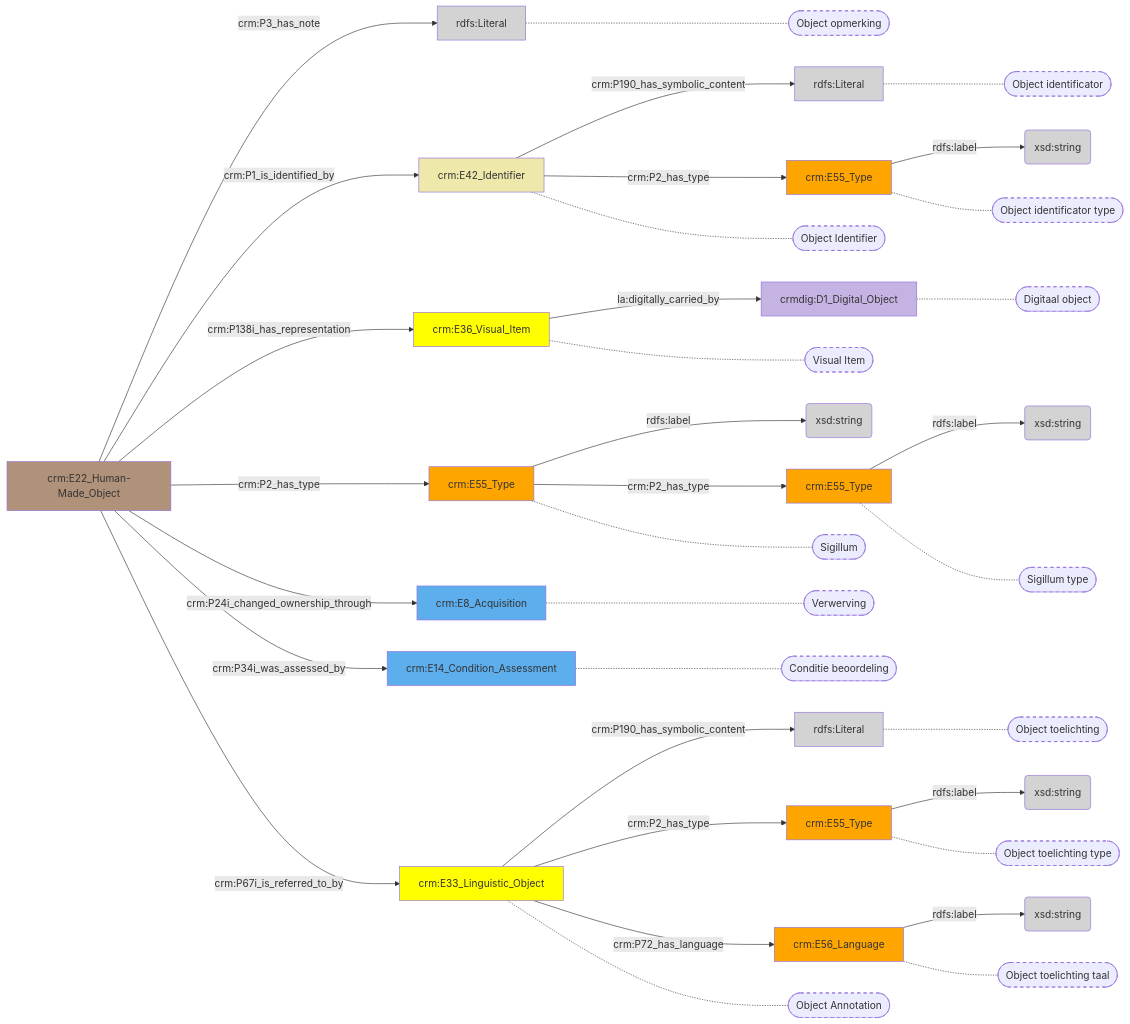
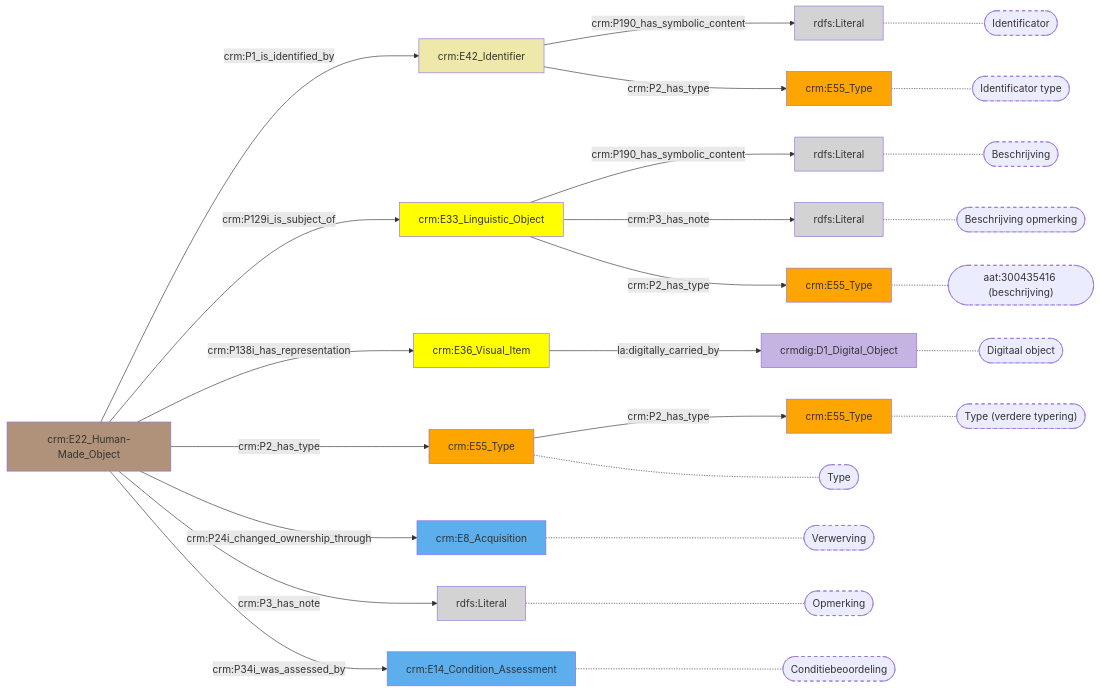
Before and after one commit to digipolisantwerpdocumentation/antwerp-cultureel-erfgoed: the diagram in docs/content/modellen/BibliographicalObject.md, drawn with Mermaid. The commit also changed 170 other files, not shown here.

````diff
--- a/docs/content/modellen/BibliographicalObject.md
+++ b/docs/content/modellen/BibliographicalObject.md
@@ -1,70 +1,54 @@
 ```mermaid
 graph LR
+style 099f196c-df80-11ed-9232-00163e71351b fill:#B0927A
+style 31fafa48-df80-11ed-9064-00163e71351b fill:#EEE8AA
+style 31faff2a-df80-11ed-9064-00163e71351b fill:#D3D3D3
+style 31fb00ec-df80-11ed-9064-00163e71351b fill:#ffa500
+style 35eb661e-ee5e-11ed-a1e6-00163e71351b fill:#ffff00
+style 35eb6d76-ee5e-11ed-a1e6-00163e71351b fill:#ffa500
+style 35eb71cc-ee5e-11ed-a1e6-00163e71351b fill:#D3D3D3
+style 4a65efec-cb0c-11ee-accf-960002548b4f fill:#D3D3D3
+style 5f7d3f52-62b7-11ee-bc5c-00163e71351b fill:#ffa500
+style 5f7d44a2-62b7-11ee-bc5c-00163e71351b fill:#ffa500
+style 643c66b8-df80-11ed-9655-00163e71351b fill:#ffff00
+style 643c6a00-df80-11ed-9655-00163e71351b fill:#C5B4E3
+style 9a15d478-233f-11ef-aa25-960002548b4f fill:#D3D3D3
+style afd18e06-62c4-11ee-a9ac-00163e71351b fill:#5DAEEC
+style d0818f0c-62c4-11ee-b0c4-00163e71351b fill:#5DAEEC
 099f196c-df80-11ed-9232-00163e71351b["crm:E22_Human-Made_Object"]-->|"crm:P3_has_note"|4a65efec-cb0c-11ee-accf-960002548b4f(rdfs:Literal)
 31fafa48-df80-11ed-9064-00163e71351b["crm:E42_Identifier"]-->|"crm:P190_has_symbolic_content"|31faff2a-df80-11ed-9064-00163e71351b(rdfs:Literal)
-31fb00ec-df80-11ed-9064-00163e71351b["crm:E55_Type"]-->|"rdfs:label"|31fb051a-df80-11ed-9064-00163e71351b(xsd:string)
 35eb661e-ee5e-11ed-a1e6-00163e71351b["crm:E33_Linguistic_Object"]-->|"crm:P190_has_symbolic_content"|35eb71cc-ee5e-11ed-a1e6-00163e71351b(rdfs:Literal)
-35eb6d76-ee5e-11ed-a1e6-00163e71351b["crm:E55_Type"]-->|"rdfs:label"|35eb7578-ee5e-11ed-a1e6-00163e71351b(xsd:string)
-35eb6fce-ee5e-11ed-a1e6-00163e71351b["crm:E56_Language"]-->|"rdfs:label"|35eb73ac-ee5e-11ed-a1e6-00163e71351b(xsd:string)
-5f7d3f52-62b7-11ee-bc5c-00163e71351b["crm:E55_Type"]-->|"rdfs:label"|5f7d466e-62b7-11ee-bc5c-00163e71351b(xsd:string)
-5f7d44a2-62b7-11ee-bc5c-00163e71351b["crm:E55_Type"]-->|"rdfs:label"|5f7d47e0-62b7-11ee-bc5c-00163e71351b(xsd:string)
+35eb661e-ee5e-11ed-a1e6-00163e71351b["crm:E33_Linguistic_Object"]-->|"crm:P3_has_note"|9a15d478-233f-11ef-aa25-960002548b4f(rdfs:Literal)
+5f7d3f52-62b7-11ee-bc5c-00163e71351b["crm:E55_Type"]-.-5f7d3f52-62b7-11ee-bc5c-00163e71351b_s(["Type"])
+afd18e06-62c4-11ee-a9ac-00163e71351b["crm:E8_Acquisition"]-.-afd18e06-62c4-11ee-a9ac-00163e71351b_s(["Verwerving"])
+4a65efec-cb0c-11ee-accf-960002548b4f["rdfs:Literal"]-.-4a65efec-cb0c-11ee-accf-960002548b4f_s(["Opmerking"])
+d0818f0c-62c4-11ee-b0c4-00163e71351b["crm:E14_Condition_Assessment"]-.-d0818f0c-62c4-11ee-b0c4-00163e71351b_s(["Conditiebeoordeling"])
+31faff2a-df80-11ed-9064-00163e71351b["rdfs:Literal"]-.-31faff2a-df80-11ed-9064-00163e71351b_s(["Identificator"])
+31fb00ec-df80-11ed-9064-00163e71351b["crm:E55_Type"]-.-31fb00ec-df80-11ed-9064-00163e71351b_s(["Identificator type"])
+35eb71cc-ee5e-11ed-a1e6-00163e71351b["rdfs:Literal"]-.-35eb71cc-ee5e-11ed-a1e6-00163e71351b_s(["Beschrijving"])
+35eb6d76-ee5e-11ed-a1e6-00163e71351b["crm:E55_Type"]-.-35eb6d76-ee5e-11ed-a1e6-00163e71351b_s(["aat:300435416 (beschrijving)"])
+9a15d478-233f-11ef-aa25-960002548b4f["rdfs:Literal"]-.-9a15d478-233f-11ef-aa25-960002548b4f_s(["Beschrijving opmerking"])
+5f7d44a2-62b7-11ee-bc5c-00163e71351b["crm:E55_Type"]-.-5f7d44a2-62b7-11ee-bc5c-00163e71351b_s(["Type (verdere typering)"])
+643c6a00-df80-11ed-9655-00163e71351b["crmdig:D1_Digital_Object"]-.-643c6a00-df80-11ed-9655-00163e71351b_s(["Digitaal object"])
 099f196c-df80-11ed-9232-00163e71351b["crm:E22_Human-Made_Object"]-->|"crm:P1_is_identified_by"|31fafa48-df80-11ed-9064-00163e71351b["crm:E42_Identifier"]
+099f196c-df80-11ed-9232-00163e71351b["crm:E22_Human-Made_Object"]-->|"crm:P129i_is_subject_of"|35eb661e-ee5e-11ed-a1e6-00163e71351b["crm:E33_Linguistic_Object"]
 099f196c-df80-11ed-9232-00163e71351b["crm:E22_Human-Made_Object"]-->|"crm:P138i_has_representation"|643c66b8-df80-11ed-9655-00163e71351b["crm:E36_Visual_Item"]
 099f196c-df80-11ed-9232-00163e71351b["crm:E22_Human-Made_Object"]-->|"crm:P2_has_type"|5f7d3f52-62b7-11ee-bc5c-00163e71351b["crm:E55_Type"]
 099f196c-df80-11ed-9232-00163e71351b["crm:E22_Human-Made_Object"]-->|"crm:P24i_changed_ownership_through"|afd18e06-62c4-11ee-a9ac-00163e71351b["crm:E8_Acquisition"]
 099f196c-df80-11ed-9232-00163e71351b["crm:E22_Human-Made_Object"]-->|"crm:P34i_was_assessed_by"|d0818f0c-62c4-11ee-b0c4-00163e71351b["crm:E14_Condition_Assessment"]
-099f196c-df80-11ed-9232-00163e71351b["crm:E22_Human-Made_Object"]-->|"crm:P67i_is_referred_to_by"|35eb661e-ee5e-11ed-a1e6-00163e71351b["crm:E33_Linguistic_Object"]
 31fafa48-df80-11ed-9064-00163e71351b["crm:E42_Identifier"]-->|"crm:P2_has_type"|31fb00ec-df80-11ed-9064-00163e71351b["crm:E55_Type"]
 35eb661e-ee5e-11ed-a1e6-00163e71351b["crm:E33_Linguistic_Object"]-->|"crm:P2_has_type"|35eb6d76-ee5e-11ed-a1e6-00163e71351b["crm:E55_Type"]
-35eb661e-ee5e-11ed-a1e6-00163e71351b["crm:E33_Linguistic_Object"]-->|"crm:P72_has_language"|35eb6fce-ee5e-11ed-a1e6-00163e71351b["crm:E56_Language"]
 5f7d3f52-62b7-11ee-bc5c-00163e71351b["crm:E55_Type"]-->|"crm:P2_has_type"|5f7d44a2-62b7-11ee-bc5c-00163e71351b["crm:E55_Type"]
 643c66b8-df80-11ed-9655-00163e71351b["crm:E36_Visual_Item"]-->|"la:digitally_carried_by"|643c6a00-df80-11ed-9655-00163e71351b["crmdig:D1_Digital_Object"]
-style 31fafa48-df80-11ed-9064-00163e71351b_s stroke-dasharray: 5
-style 643c66b8-df80-11ed-9655-00163e71351b_s stroke-dasharray: 5
 style 5f7d3f52-62b7-11ee-bc5c-00163e71351b_s stroke-dasharray: 5
 style afd18e06-62c4-11ee-a9ac-00163e71351b_s stroke-dasharray: 5
 style 4a65efec-cb0c-11ee-accf-960002548b4f_s stroke-dasharray: 5
 style d0818f0c-62c4-11ee-b0c4-00163e71351b_s stroke-dasharray: 5
-style 35eb661e-ee5e-11ed-a1e6-00163e71351b_s stroke-dasharray: 5
 style 31faff2a-df80-11ed-9064-00163e71351b_s stroke-dasharray: 5
 style 31fb00ec-df80-11ed-9064-00163e71351b_s stroke-dasharray: 5
 style 35eb71cc-ee5e-11ed-a1e6-00163e71351b_s stroke-dasharray: 5
 style 35eb6d76-ee5e-11ed-a1e6-00163e71351b_s stroke-dasharray: 5
-style 35eb6fce-ee5e-11ed-a1e6-00163e71351b_s stroke-dasharray: 5
+style 9a15d478-233f-11ef-aa25-960002548b4f_s stroke-dasharray: 5
 style 5f7d44a2-62b7-11ee-bc5c-00163e71351b_s stroke-dasharray: 5
 style 643c6a00-df80-11ed-9655-00163e71351b_s stroke-dasharray: 5
-31fafa48-df80-11ed-9064-00163e71351b["crm:E42_Identifier"]-.-31fafa48-df80-11ed-9064-00163e71351b_s(["Object Identifier"])
-643c66b8-df80-11ed-9655-00163e71351b["crm:E36_Visual_Item"]-.-643c66b8-df80-11ed-9655-00163e71351b_s(["Visual Item"])
-5f7d3f52-62b7-11ee-bc5c-00163e71351b["crm:E55_Type"]-.-5f7d3f52-62b7-11ee-bc5c-00163e71351b_s(["Sigillum"])
-afd18e06-62c4-11ee-a9ac-00163e71351b["crm:E8_Acquisition"]-.-afd18e06-62c4-11ee-a9ac-00163e71351b_s(["Verwerving"])
-4a65efec-cb0c-11ee-accf-960002548b4f["rdfs:Literal"]-.-4a65efec-cb0c-11ee-accf-960002548b4f_s(["Object opmerking"])
-d0818f0c-62c4-11ee-b0c4-00163e71351b["crm:E14_Condition_Assessment"]-.-d0818f0c-62c4-11ee-b0c4-00163e71351b_s(["Conditie beoordeling"])
-35eb661e-ee5e-11ed-a1e6-00163e71351b["crm:E33_Linguistic_Object"]-.-35eb661e-ee5e-11ed-a1e6-00163e71351b_s(["Object Annotation"])
-31faff2a-df80-11ed-9064-00163e71351b["rdfs:Literal"]-.-31faff2a-df80-11ed-9064-00163e71351b_s(["Object identificator"])
-31fb00ec-df80-11ed-9064-00163e71351b["crm:E55_Type"]-.-31fb00ec-df80-11ed-9064-00163e71351b_s(["Object identificator type"])
-35eb71cc-ee5e-11ed-a1e6-00163e71351b["rdfs:Literal"]-.-35eb71cc-ee5e-11ed-a1e6-00163e71351b_s(["Object toelichting"])
-35eb6d76-ee5e-11ed-a1e6-00163e71351b["crm:E55_Type"]-.-35eb6d76-ee5e-11ed-a1e6-00163e71351b_s(["Object toelichting type"])
-35eb6fce-ee5e-11ed-a1e6-00163e71351b["crm:E56_Language"]-.-35eb6fce-ee5e-11ed-a1e6-00163e71351b_s(["Object toelichting taal"])
-5f7d44a2-62b7-11ee-bc5c-00163e71351b["crm:E55_Type"]-.-5f7d44a2-62b7-11ee-bc5c-00163e71351b_s(["Sigillum type"])
-643c6a00-df80-11ed-9655-00163e71351b["crmdig:D1_Digital_Object"]-.-643c6a00-df80-11ed-9655-00163e71351b_s(["Digitaal object"])
-style 099f196c-df80-11ed-9232-00163e71351b fill:#B0927A
-style 31fafa48-df80-11ed-9064-00163e71351b fill:#EEE8AA
-style 31faff2a-df80-11ed-9064-00163e71351b fill:#D3D3D3
-style 31fb00ec-df80-11ed-9064-00163e71351b fill:#ffa500
-style 31fb051a-df80-11ed-9064-00163e71351b fill:#D3D3D3
-style 35eb661e-ee5e-11ed-a1e6-00163e71351b fill:#ffff00
-style 35eb6d76-ee5e-11ed-a1e6-00163e71351b fill:#ffa500
-style 35eb6fce-ee5e-11ed-a1e6-00163e71351b fill:#ffa500
-style 35eb71cc-ee5e-11ed-a1e6-00163e71351b fill:#D3D3D3
-style 35eb73ac-ee5e-11ed-a1e6-00163e71351b fill:#D3D3D3
-style 35eb7578-ee5e-11ed-a1e6-00163e71351b fill:#D3D3D3
-style 4a65efec-cb0c-11ee-accf-960002548b4f fill:#D3D3D3
-style 5f7d3f52-62b7-11ee-bc5c-00163e71351b fill:#ffa500
-style 5f7d44a2-62b7-11ee-bc5c-00163e71351b fill:#ffa500
-style 5f7d466e-62b7-11ee-bc5c-00163e71351b fill:#D3D3D3
-style 5f7d47e0-62b7-11ee-bc5c-00163e71351b fill:#D3D3D3
-style 643c66b8-df80-11ed-9655-00163e71351b fill:#ffff00
-style 643c6a00-df80-11ed-9655-00163e71351b fill:#C5B4E3
-style afd18e06-62c4-11ee-a9ac-00163e71351b fill:#5DAEEC
-style d0818f0c-62c4-11ee-b0c4-00163e71351b fill:#5DAEEC
 ```
````
